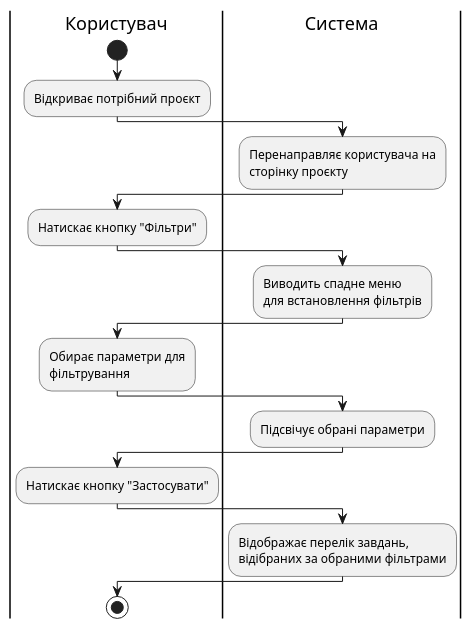
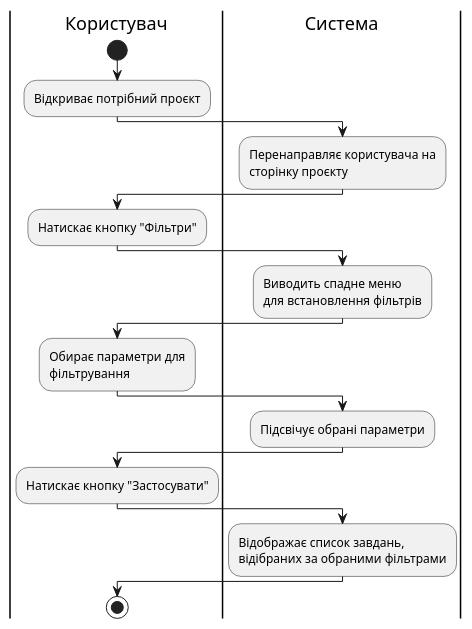
Diagram 18 of 23 in docs/use cases/README.md (samoilenkomariia/db-coursework), drawn with PlantUML before and after one commit. The commit also changed other lines of this file, not shown here.

```diff
--- a/docs/use cases/README.md
+++ b/docs/use cases/README.md
@@ -807,30 +800,30 @@
 @startuml
 
     |Користувач|
     start;
     :Відкриває потрібний проєкт;
     
     |Система|
     :Перенаправляє користувача на\nсторінку проєкту;
     
     |Користувач|
     :Натискає кнопку "Фільтри";
 
     |Система|
     :Виводить спадне меню\nдля встановлення фільтрів;
 
     |Користувач|
     :Обирає параметри для\nфільтрування;
     
     |Система|
     :Підсвічує обрані параметри;
 
     |Користувач|
     :Натискає кнопку "Застосувати";
     
     |Система|
-    :Відображає перелік завдань,\nвідібраних за обраними фільтрами;
+    :Відображає список завдань,\nвідібраних за обраними фільтрами;
 
     |Користувач|
         stop;
 @enduml
```
